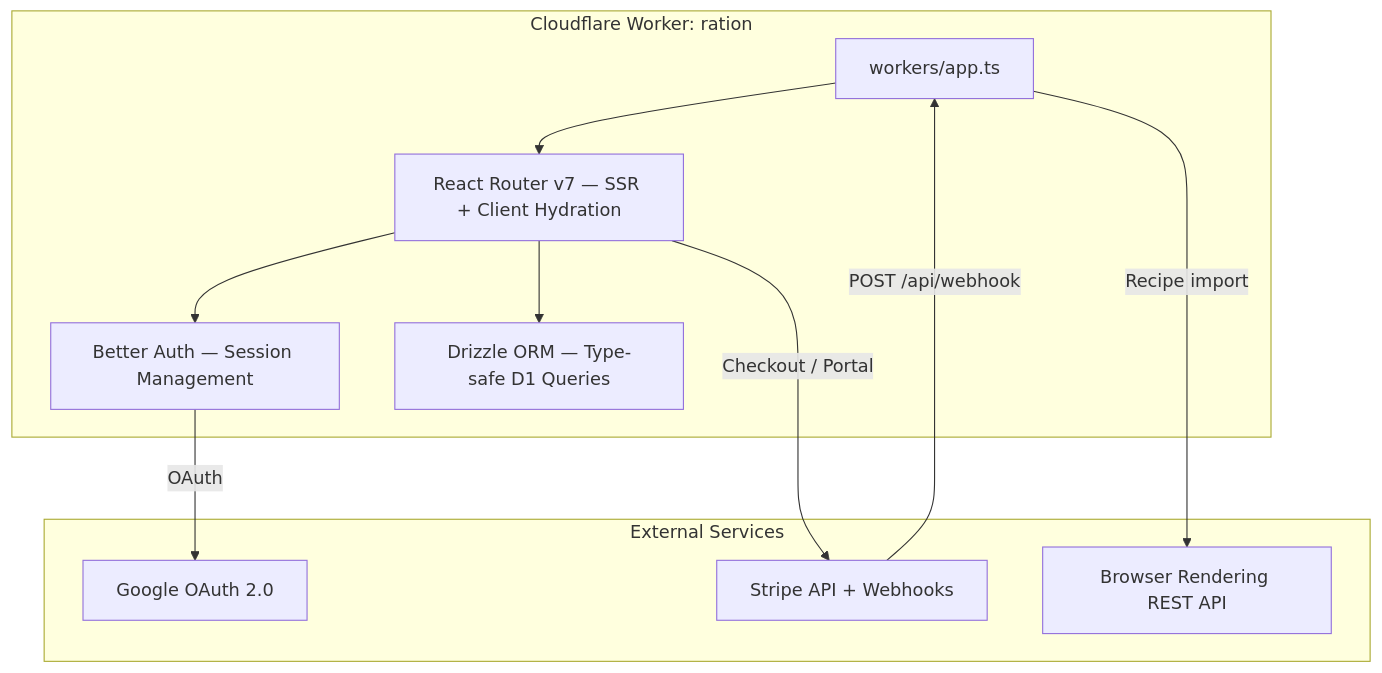
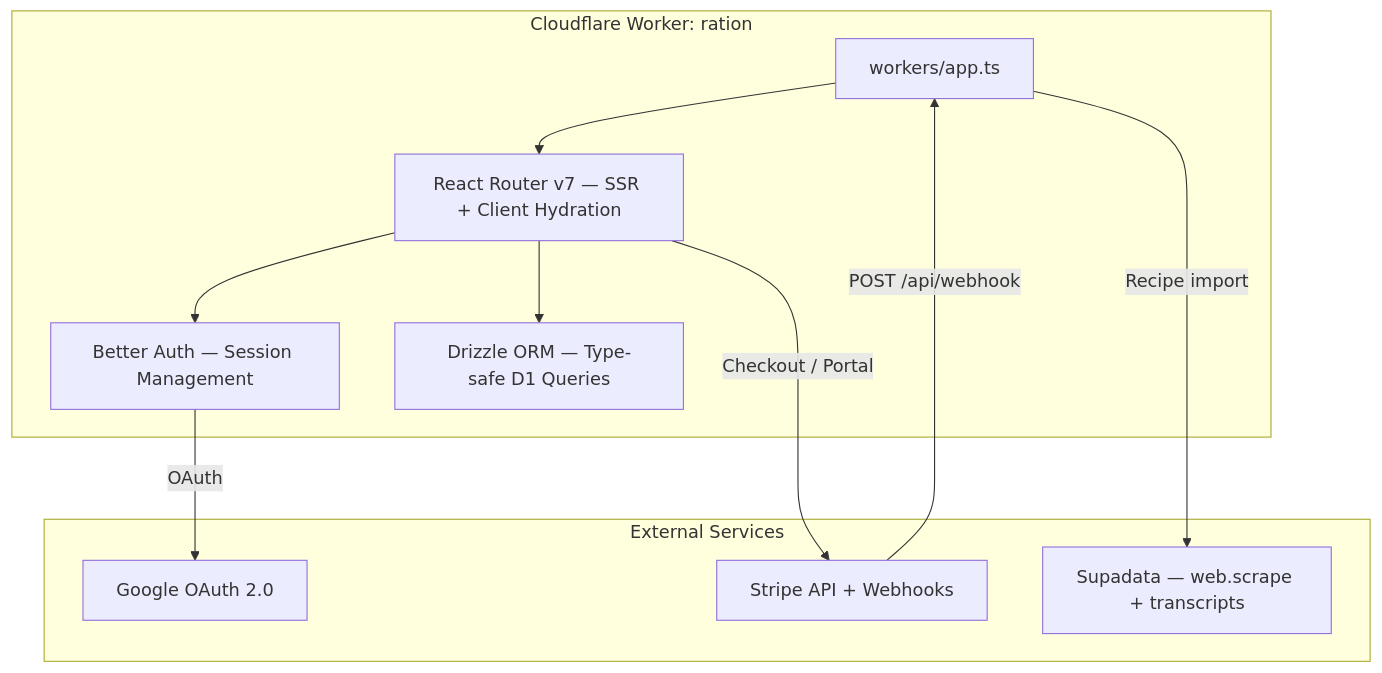
The second of 24 diagrams in README.md (bjamesdowning/ration-mirror), drawn with Mermaid before and after one commit. The commit also changed other lines of this file and 46 other files, not shown here.

First line of the commit message:
feat: hybrid multi-lane recipe import with Supadata and safe refunds

````diff
--- a/README.md
+++ b/README.md
@@ -97,23 +97,23 @@
 ```mermaid
 flowchart TB
     subgraph MainWorker["Cloudflare Worker: ration"]
         Worker["workers/app.ts"]
         ReactRouter["React Router v7 — SSR + Client Hydration"]
         BetterAuth["Better Auth — Session Management"]
         DrizzleORM["Drizzle ORM — Type-safe D1 Queries"]
         Worker --> ReactRouter
         ReactRouter --> BetterAuth
         ReactRouter --> DrizzleORM
     end
 
     subgraph External["External Services"]
         Google["Google OAuth 2.0"]
         Stripe["Stripe API + Webhooks"]
-        BrowserRendering["Browser Rendering REST API"]
+        Supadata["Supadata — web.scrape + transcripts"]
     end
 
     BetterAuth -->|OAuth| Google
     ReactRouter -->|Checkout / Portal| Stripe
     Stripe -->|POST /api/webhook| Worker
-    Worker -->|Recipe import| BrowserRendering
+    Worker -->|Recipe import| Supadata
 ```
````
